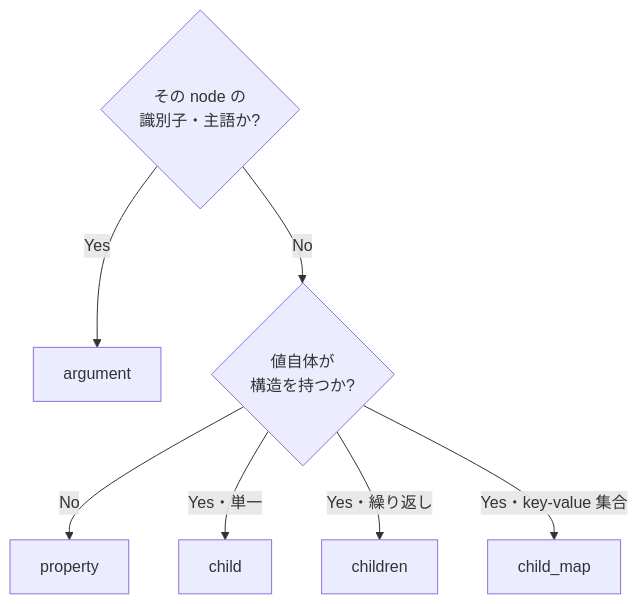
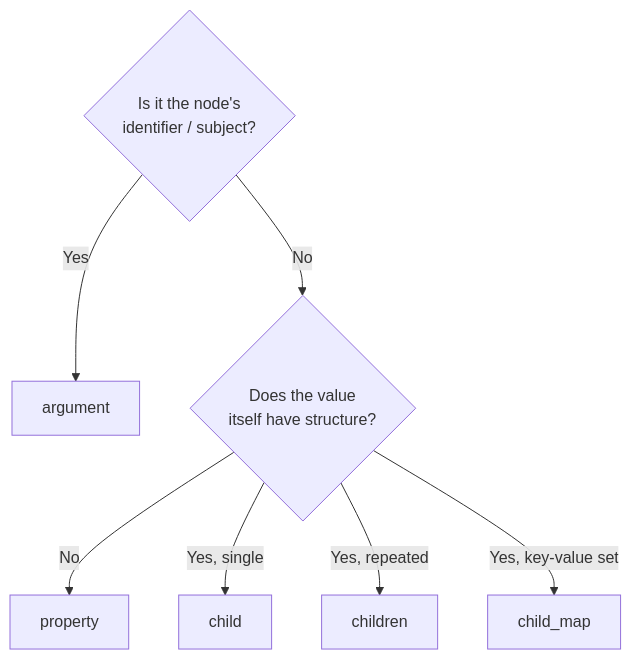
One commit to chronista-club/club-kdl changed the diagram in docs/guide/best-practices.md. Above: the diagram before and after it, drawn with Mermaid. The commit also changed other lines of this file and 14 other files, not shown here.

````diff
--- a/docs/guide/best-practices.md
+++ b/docs/guide/best-practices.md
@@ -121,10 +125,10 @@
 ```mermaid
 flowchart TD
-    Q1{"その node の<br/>識別子・主語か?"}
+    Q1{"Is it the node's<br/>identifier / subject?"}
     Q1 -->|Yes| ARG[argument]
-    Q1 -->|No| Q2{"値自体が<br/>構造を持つか?"}
+    Q1 -->|No| Q2{"Does the value<br/>itself have structure?"}
     Q2 -->|No| PROP[property]
-    Q2 -->|Yes・単一| CHILD["child"]
-    Q2 -->|Yes・繰り返し| CHILDREN["children"]
-    Q2 -->|Yes・key-value 集合| CMAP["child_map"]
+    Q2 -->|Yes, single| CHILD["child"]
+    Q2 -->|Yes, repeated| CHILDREN["children"]
+    Q2 -->|Yes, key-value set| CMAP["child_map"]
 ```
````
